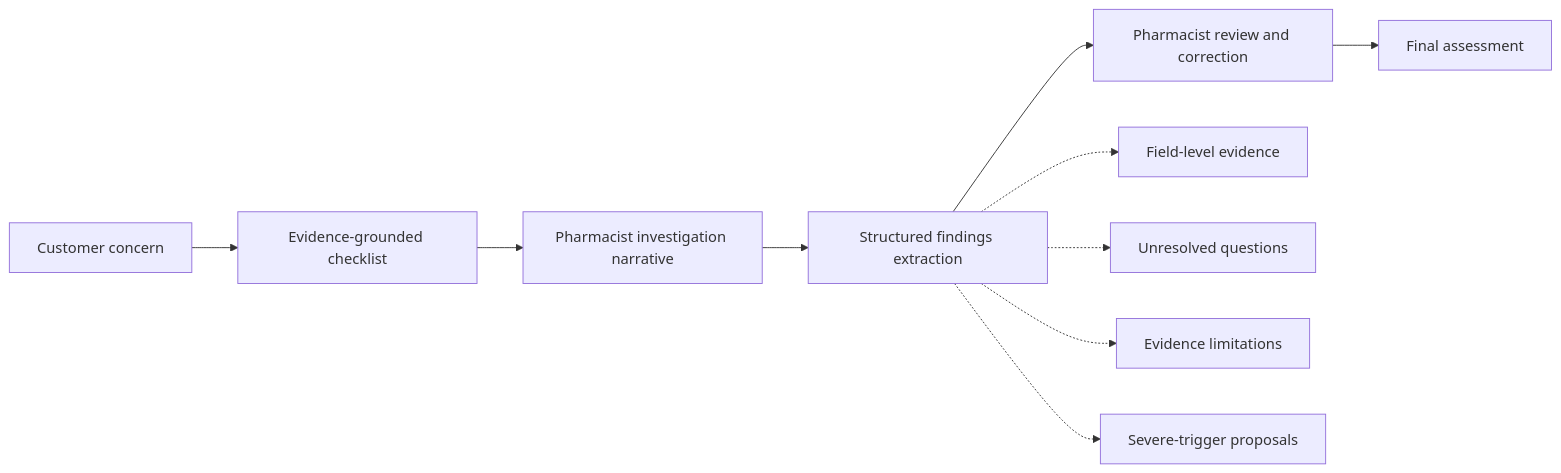
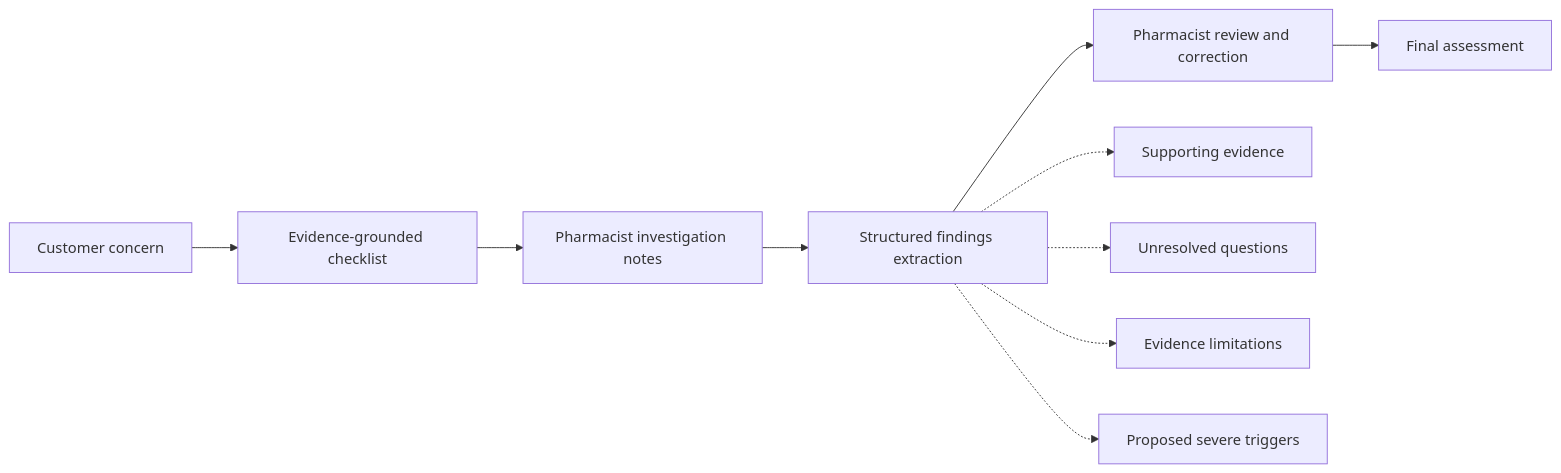
Before and after one commit to markwuenschel-dev/Compounding-Quality-RAG: the second of 2 diagrams in README.md, drawn with Mermaid. The commit also changed other lines of this file, not shown here.

````diff
--- a/README.md
+++ b/README.md
@@ -52,13 +75,16 @@
 ```mermaid
 flowchart LR
-    A[Customer concern] --> B[Evidence-grounded checklist]
-    B --> C[Pharmacist investigation narrative]
-    C --> D[Structured findings extraction]
-    D --> E[Pharmacist review and correction]
-    E --> F[Final assessment]
+    A[Customer concern]
+    B[Evidence-grounded checklist]
+    C[Pharmacist investigation notes]
+    D[Structured findings extraction]
+    E[Pharmacist review and correction]
+    F[Final assessment]
 
-    D -.-> D1[Field-level evidence]
-    D -.-> D2[Unresolved questions]
-    D -.-> D3[Evidence limitations]
-    D -.-> D4[Severe-trigger proposals]
+    A --> B --> C --> D --> E --> F
+
+    D -.-> G[Supporting evidence]
+    D -.-> H[Unresolved questions]
+    D -.-> I[Evidence limitations]
+    D -.-> J[Proposed severe triggers]
 ```
````
